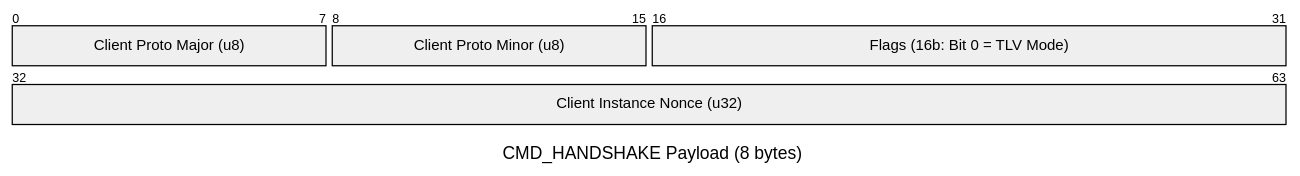
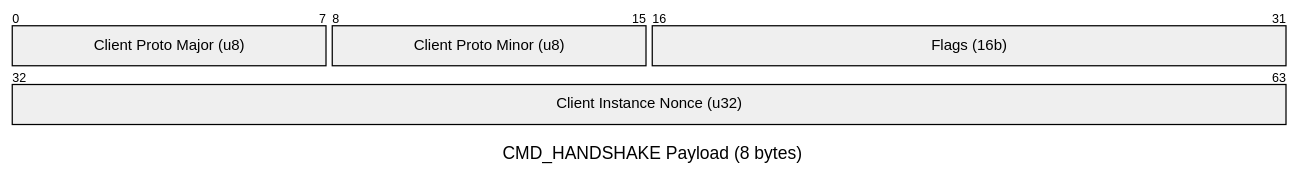
One commit to rafaelurben/raspberry-pi-pico-schlagzaehler changed the third of 20 diagrams in docs/protocol.md. Above: the diagram before and after it, drawn with Mermaid. The commit also changed other lines of this file and 16 other files, not shown here.

Commit message:
chore(docs): Fix name inconsistency (TLV / binary mode).

````diff
--- a/docs/protocol.md
+++ b/docs/protocol.md
@@ -155,10 +155,10 @@
 ```mermaid
 ---
 title: "CMD_HANDSHAKE Payload (8 bytes)"
 ---
 packet
 0-7: "Client Proto Major (u8)"
 8-15: "Client Proto Minor (u8)"
-16-31: "Flags (16b: Bit 0 = TLV Mode)"
+16-31: "Flags (16b)"
 32-63: "Client Instance Nonce (u32)"
 ```
````
